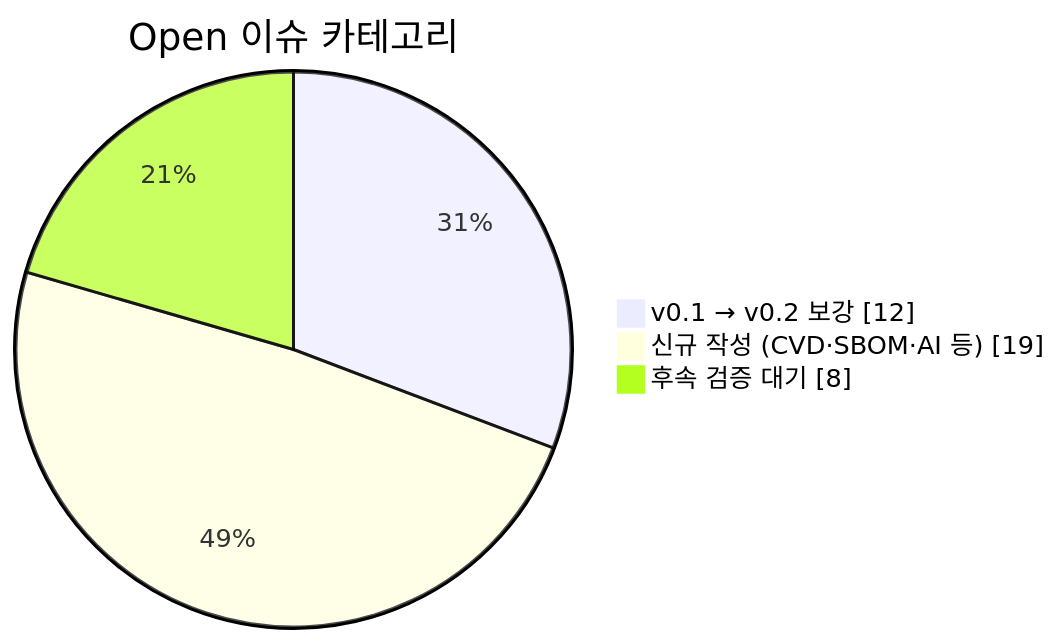
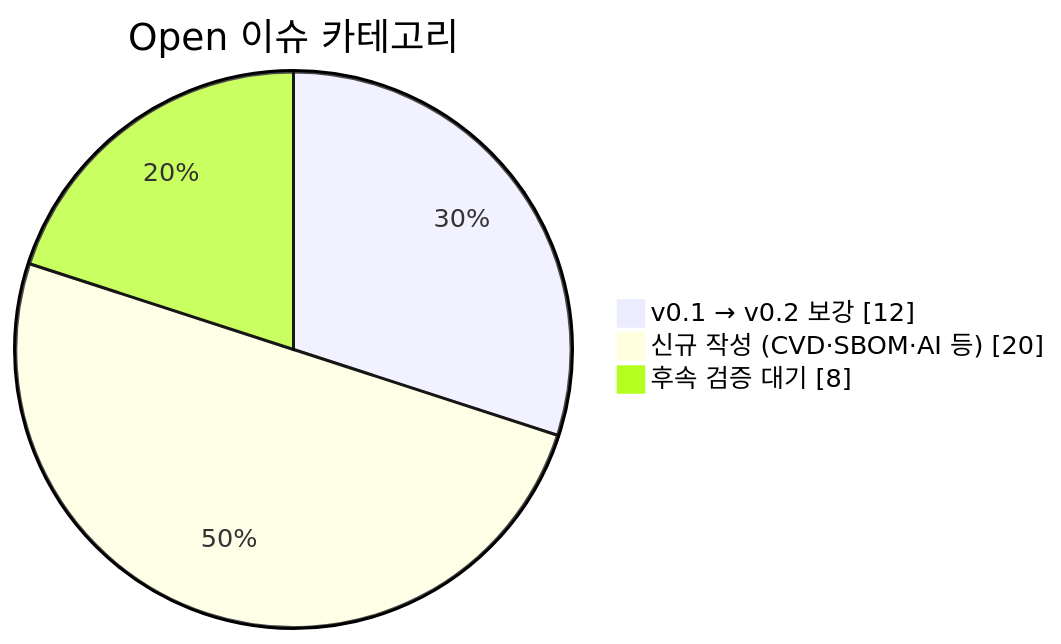
Before and after one commit to holee9/MD-process: the fourth of 4 diagrams in README.md, drawn with Mermaid. The commit also changed other lines of this file, not shown here.

````diff
--- a/README.md
+++ b/README.md
@@ -169,7 +169,7 @@
 ```mermaid
 pie showData
     title Open 이슈 카테고리
     "v0.1 → v0.2 보강" : 12
-    "신규 작성 (CVD·SBOM·AI 등)" : 19
+    "신규 작성 (CVD·SBOM·AI 등)" : 20
     "후속 검증 대기" : 8
 ```
````
